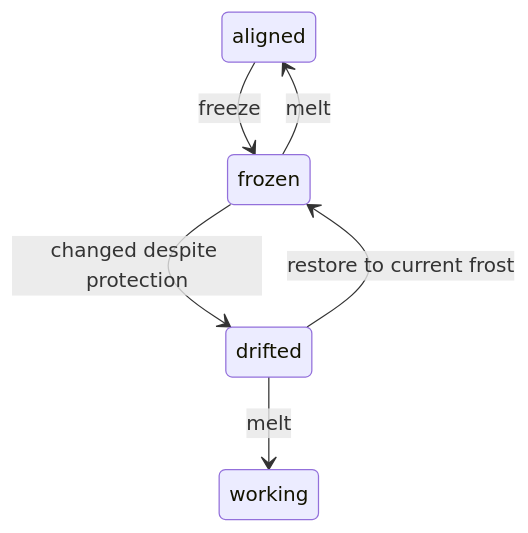
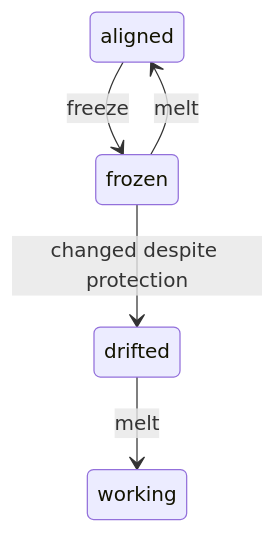
One commit to Gorgeous-Patrick/sirno changed the third of 3 diagrams in sirno-lake/entry-lifecycle.md. Above: the diagram before and after it, drawn with Mermaid. The commit also changed other lines of this file and 51 other files, not shown here.

````diff
--- a/sirno-lake/entry-lifecycle.md
+++ b/sirno-lake/entry-lifecycle.md
@@ -71,9 +57,8 @@
 ```mermaid
 stateDiagram-v2
     aligned --> frozen: freeze
     frozen --> aligned: melt
     frozen --> drifted: changed despite protection
 
     drifted --> working: melt
-    drifted --> frozen: restore to current frost
 ```
````
